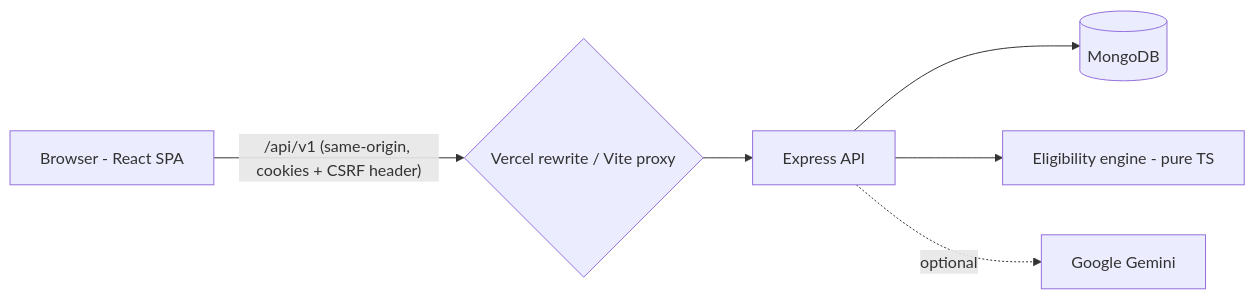
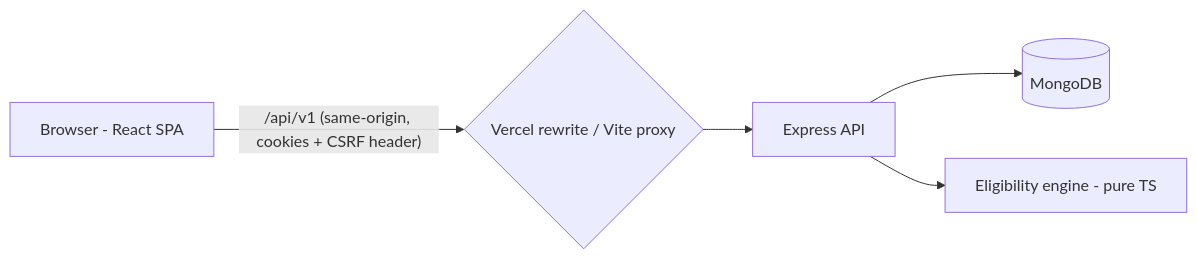
Before and after one commit to KhushiGupta0104/SchemeSetu: the diagram in README.md, drawn with Mermaid. The commit also changed other lines of this file and 29 other files, not shown here.

````diff
--- a/README.md
+++ b/README.md
@@ -83,8 +82,7 @@
 ```mermaid
 flowchart LR
   B[Browser - React SPA] -- "/api/v1 (same-origin, cookies + CSRF header)" --> P{Vercel rewrite / Vite proxy}
   P --> A[Express API]
   A --> M[(MongoDB)]
   A --> E[Eligibility engine - pure TS]
-  A -. optional .-> G[Google Gemini]
 ```
````
